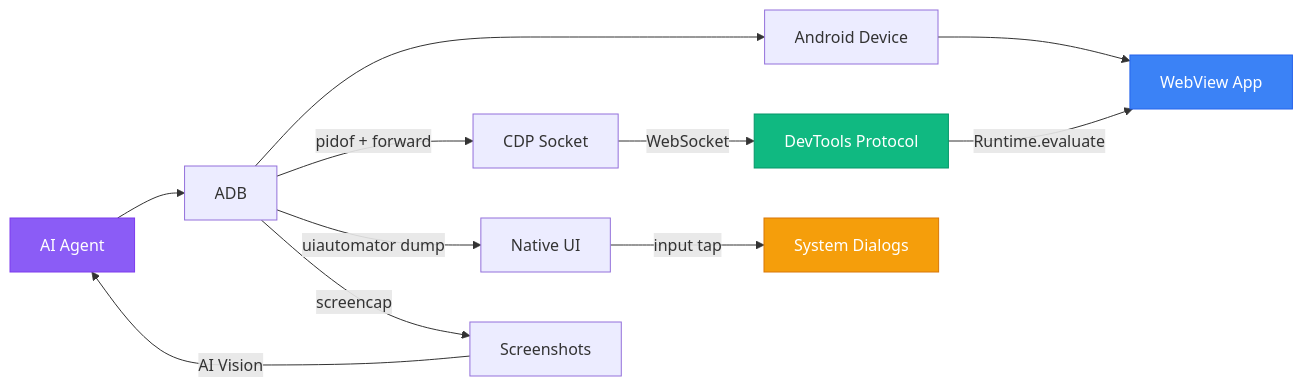
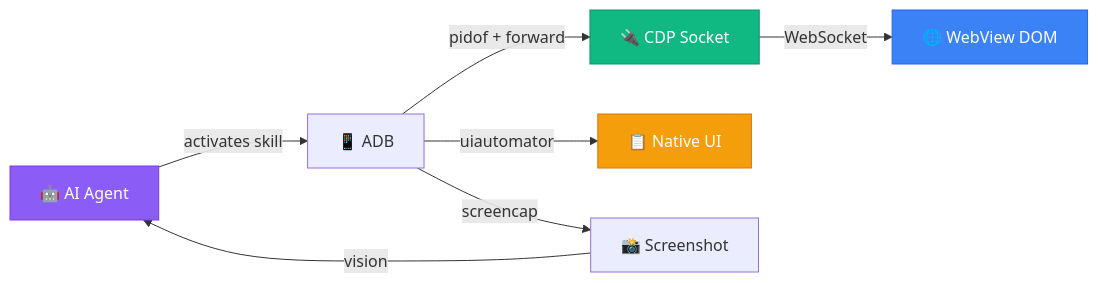
Before and after one commit to wimi321/mobile-webview-testing: the diagram in README.md, drawn with Mermaid. The commit also changed other lines of this file and 6 other files, not shown here.

````diff
--- a/README.md
+++ b/README.md
@@ -85,21 +129,14 @@
 ```mermaid
 graph LR
-    A["AI Agent"] --> B["ADB"]
-    B --> C["Android Device"]
-    C --> D["WebView App"]
-
-    B -->|"pidof + forward"| E["CDP Socket"]
-    E -->|"WebSocket"| F["DevTools Protocol"]
-    F -->|"Runtime.evaluate"| D
-
-    B -->|"uiautomator dump"| G["Native UI"]
-    G -->|"input tap"| H["System Dialogs"]
-
-    B -->|"screencap"| I["Screenshots"]
-    I -->|"AI Vision"| A
-
+    A["🤖 AI Agent"] -->|"activates skill"| B["📱 ADB"]
+    B -->|"pidof + forward"| C["🔌 CDP Socket"]
+    C -->|"WebSocket"| D["🌐 WebView DOM"]
+    B -->|"uiautomator"| E["📋 Native UI"]
+    B -->|"screencap"| F["📸 Screenshot"]
+    F -->|"vision"| A
+    
     style A fill:#8B5CF6,stroke:#7C3AED,color:#fff
     style D fill:#3B82F6,stroke:#2563EB,color:#fff
-    style F fill:#10B981,stroke:#059669,color:#fff
-    style H fill:#F59E0B,stroke:#D97706,color:#fff
+    style C fill:#10B981,stroke:#059669,color:#fff
+    style E fill:#F59E0B,stroke:#D97706,color:#fff
 ```
````
